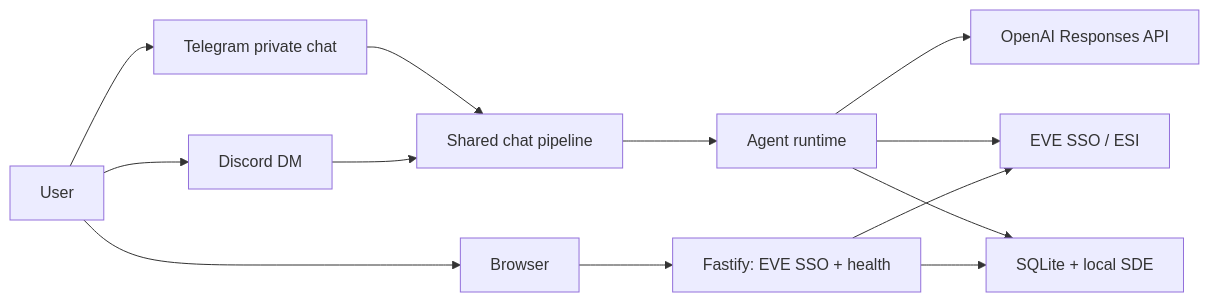
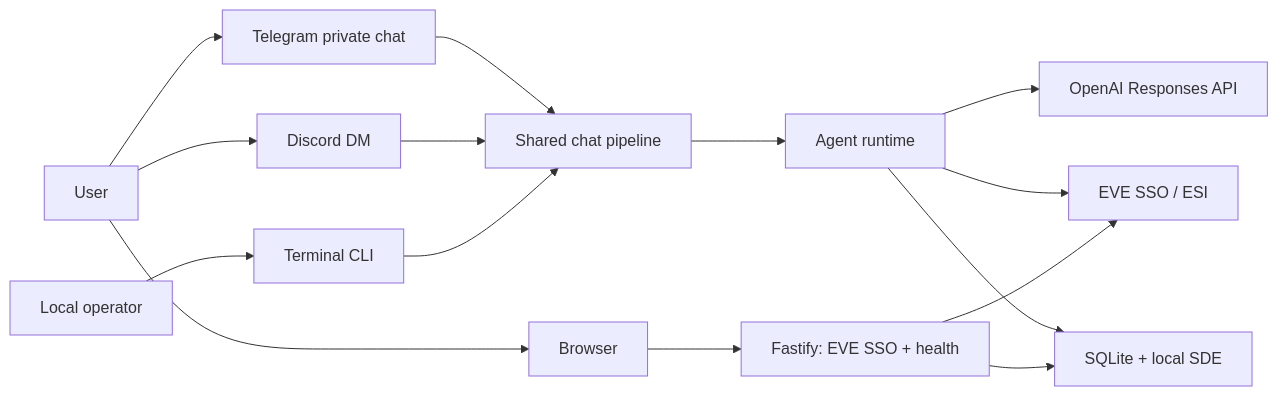
One commit to garshany/eveai changed the diagram in eveai-threat-model.md. Above: the diagram before and after it, drawn with Mermaid. The commit also changed other lines of this file and 59 other files, not shown here.

````diff
--- a/eveai-threat-model.md
+++ b/eveai-threat-model.md
@@ -27,15 +31,17 @@
 ```mermaid
 flowchart LR
   U["User"] --> TG["Telegram private chat"]
   U --> DC["Discord DM"]
+  OP["Local operator"] --> CLI["Terminal CLI"]
   TG --> C["Shared chat pipeline"]
   DC --> C
+  CLI --> C
   C --> A["Agent runtime"]
   A --> O["OpenAI Responses API"]
   A --> E["EVE SSO / ESI"]
   A --> D["SQLite + local SDE"]
   U --> B["Browser"]
   B --> F["Fastify: EVE SSO + health"]
   F --> E
   F --> D
 ```
````
